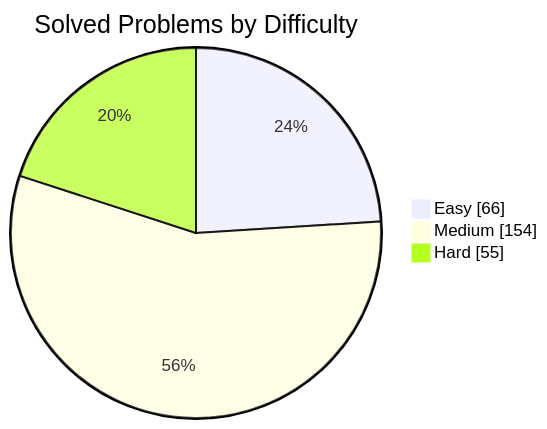
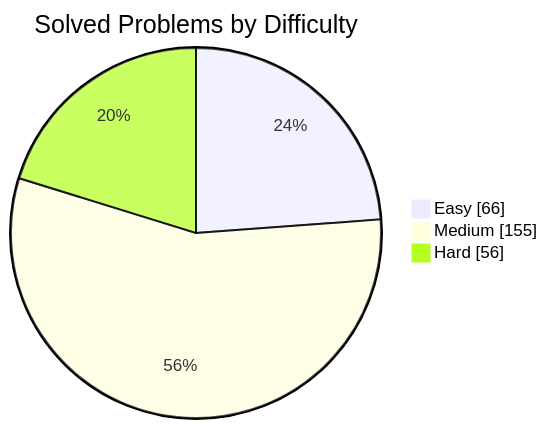
One commit to manikantbindass/DSA-Preparation-FAANG changed the first of 2 diagrams in README.md. Above: the diagram before and after it, drawn with Mermaid. The commit also changed other lines of this file and 1 other file, not shown here.

````diff
--- a/README.md
+++ b/README.md
@@ -42,7 +42,7 @@
 ```mermaid
 pie showData
     title Solved Problems by Difficulty
     "Easy" : 66
-    "Medium" : 154
-    "Hard" : 55
+    "Medium" : 155
+    "Hard" : 56
 ```
````
